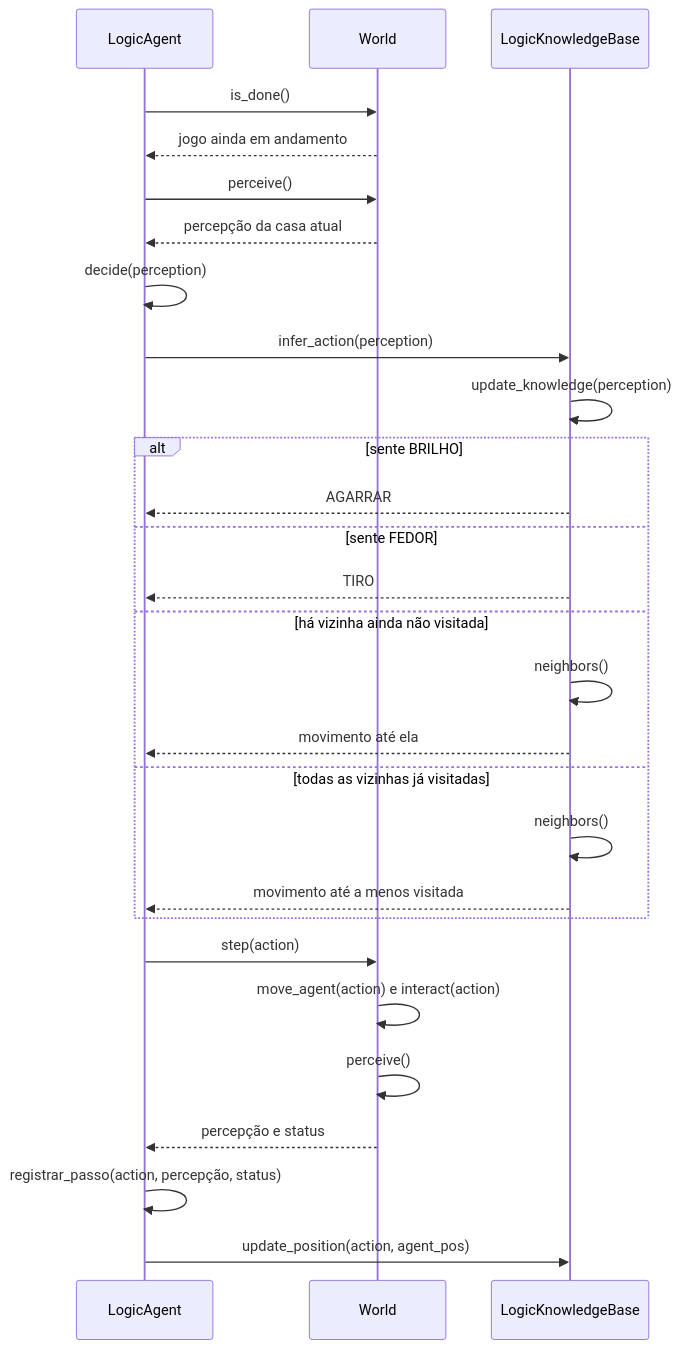
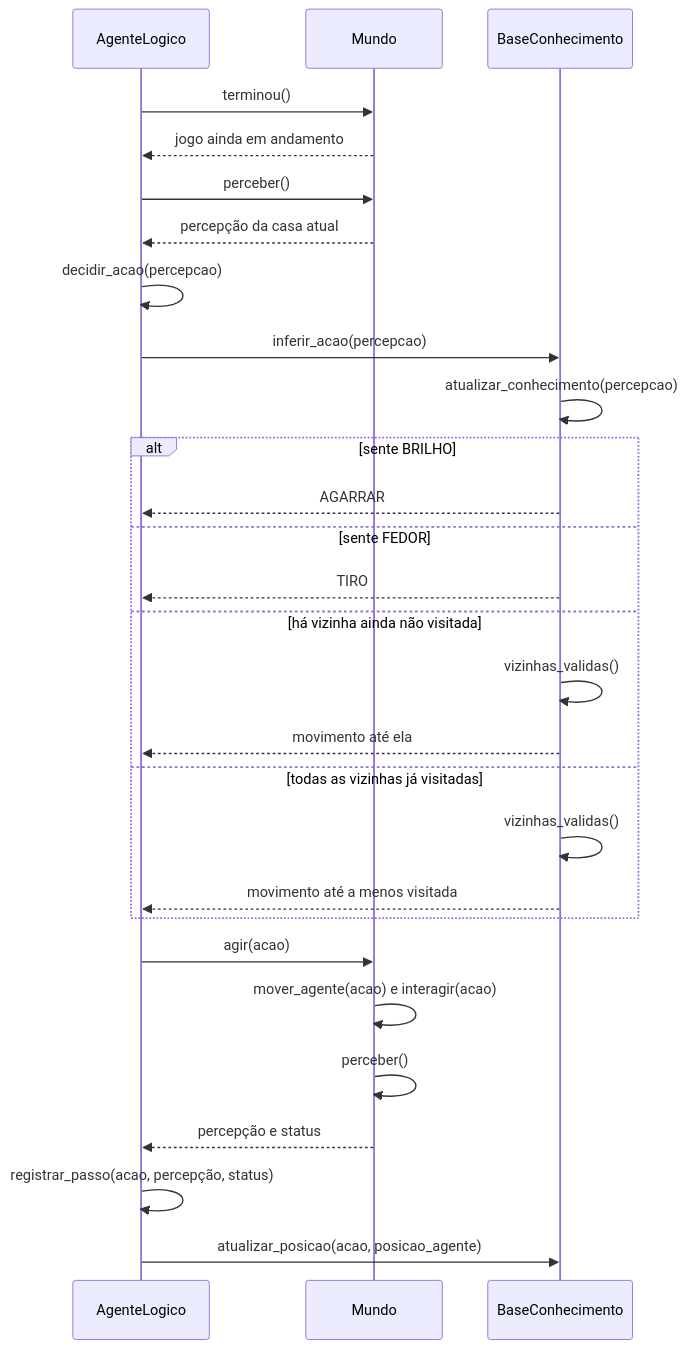
One commit to ingrid-kiki/wumpus_world_modular changed the diagram in docs/arquitetura/sequencia-agente-logico.md. Above: the diagram before and after it, drawn with Mermaid. The commit also changed other lines of this file and 14 other files, not shown here.

Commit message:
docs: nomes novos nos diagramas, guias e planos

````diff
--- a/docs/arquitetura/sequencia-agente-logico.md
+++ b/docs/arquitetura/sequencia-agente-logico.md
@@ -6,31 +6,31 @@
 ```mermaid
 sequenceDiagram
-    participant A as LogicAgent
-    participant M as World
-    participant K as LogicKnowledgeBase
+    participant A as AgenteLogico
+    participant M as Mundo
+    participant K as BaseConhecimento
 
-    A->>M: is_done()
+    A->>M: terminou()
     M-->>A: jogo ainda em andamento
-    A->>M: perceive()
+    A->>M: perceber()
     M-->>A: percepção da casa atual
-    A->>A: decide(perception)
-    A->>K: infer_action(perception)
-    K->>K: update_knowledge(perception)
+    A->>A: decidir_acao(percepcao)
+    A->>K: inferir_acao(percepcao)
+    K->>K: atualizar_conhecimento(percepcao)
     alt sente BRILHO
         K-->>A: AGARRAR
     else sente FEDOR
         K-->>A: TIRO
     else há vizinha ainda não visitada
-        K->>K: neighbors()
+        K->>K: vizinhas_validas()
         K-->>A: movimento até ela
     else todas as vizinhas já visitadas
-        K->>K: neighbors()
+        K->>K: vizinhas_validas()
         K-->>A: movimento até a menos visitada
     end
-    A->>M: step(action)
-    M->>M: move_agent(action) e interact(action)
-    M->>M: perceive()
+    A->>M: agir(acao)
+    M->>M: mover_agente(acao) e interagir(acao)
+    M->>M: perceber()
     M-->>A: percepção e status
-    A->>A: registrar_passo(action, percepção, status)
-    A->>K: update_position(action, agent_pos)
+    A->>A: registrar_passo(acao, percepção, status)
+    A->>K: atualizar_posicao(acao, posicao_agente)
 ```
````
